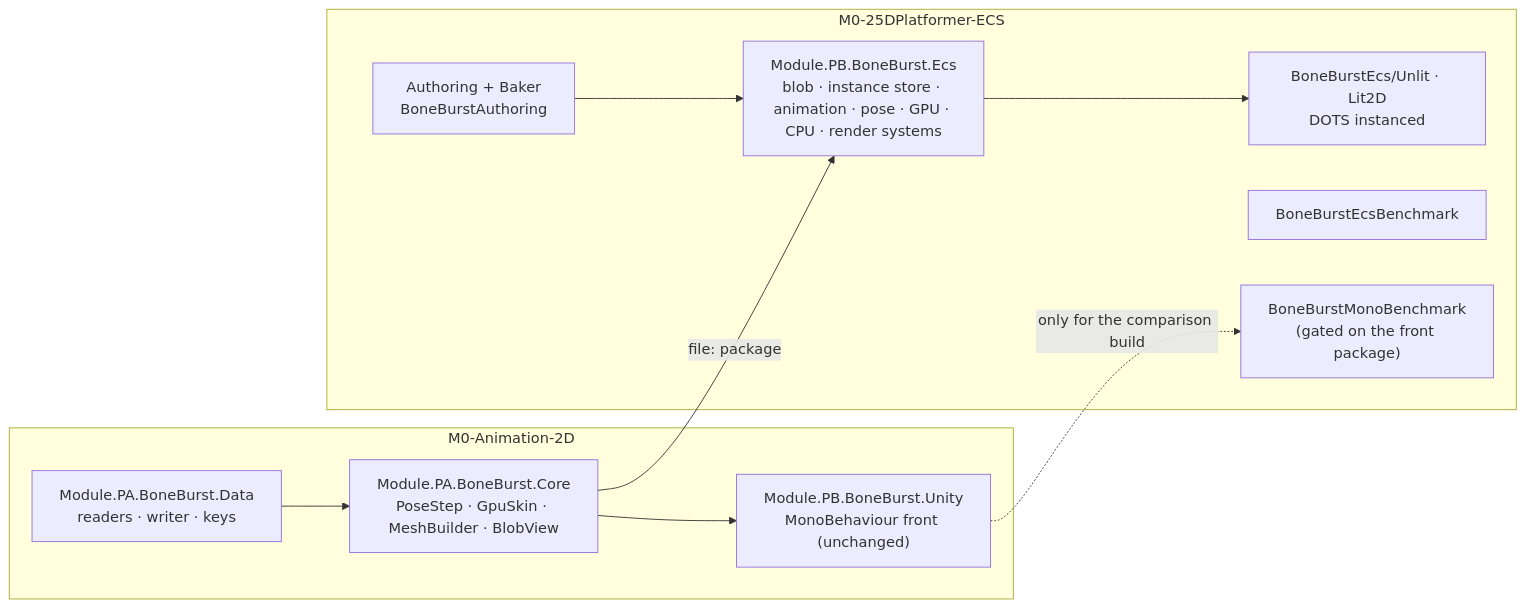
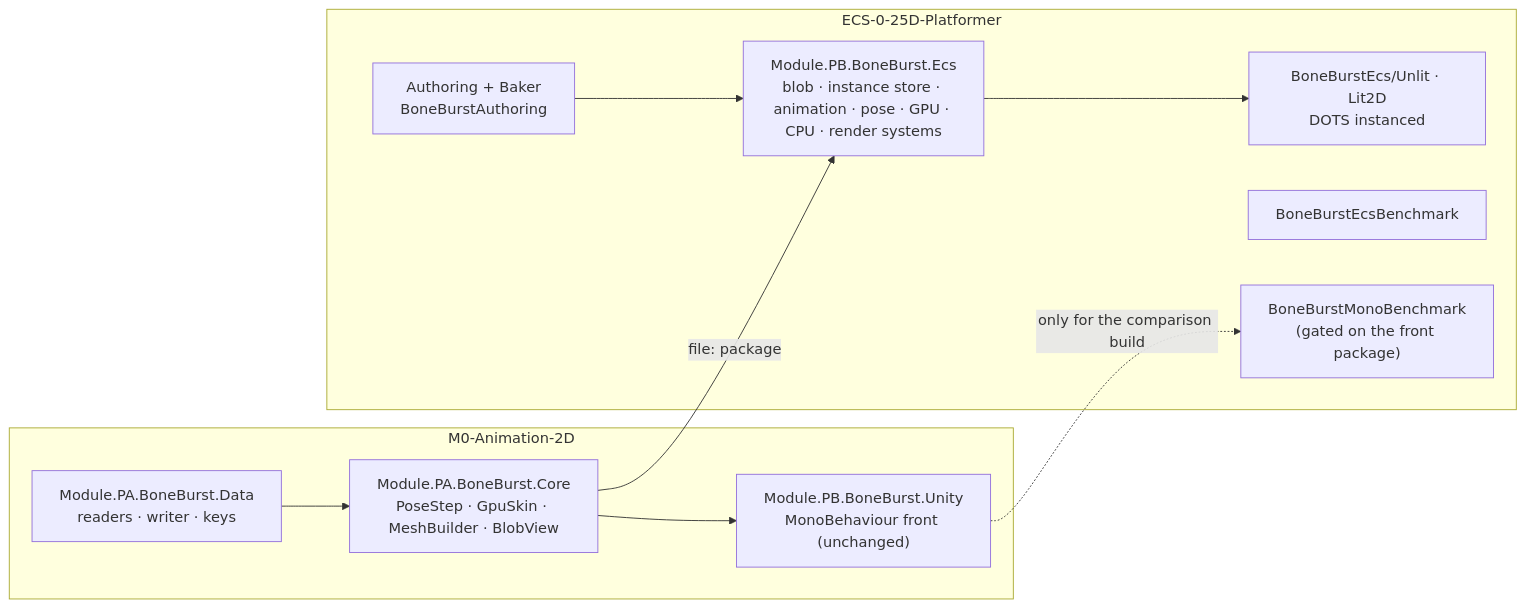
Before and after one commit to 12pnp/M0-Animation-2D: the first of 2 diagrams in Packages/com.module.ta-creator-boneburst/Doc/Review/BoneBurst-ECS-Summary.md, drawn with Mermaid. The commit also changed other lines of this file and 7 other files, not shown here.

Commit message:
ECS project moved to ECS-0-25D-Platformer: paths updated; P15 baseline redone at 720p

````diff
--- a/Packages/com.module.ta-creator-boneburst/Doc/Review/BoneBurst-ECS-Summary.md
+++ b/Packages/com.module.ta-creator-boneburst/Doc/Review/BoneBurst-ECS-Summary.md
@@ -5,21 +5,21 @@
 ```mermaid
 flowchart LR
     subgraph M0["M0-Animation-2D"]
         DATA["Module.PA.BoneBurst.Data<br/>readers · writer · keys"]
         CORE["Module.PA.BoneBurst.Core<br/>PoseStep · GpuSkin · MeshBuilder · BlobView"]
         FRONT["Module.PB.BoneBurst.Unity<br/>MonoBehaviour front (unchanged)"]
         DATA --> CORE
         CORE --> FRONT
     end
-    subgraph P25["M0-25DPlatformer-ECS"]
+    subgraph P25["ECS-0-25D-Platformer"]
         ECS["Module.PB.BoneBurst.Ecs<br/>blob · instance store · animation · pose · GPU · CPU · render systems"]
         AUTH["Authoring + Baker<br/>BoneBurstAuthoring"]
         SH["BoneBurstEcs/Unlit · Lit2D<br/>DOTS instanced"]
         BE["BoneBurstEcsBenchmark"]
         BM["BoneBurstMonoBenchmark<br/>(gated on the front package)"]
         AUTH --> ECS
         ECS --> SH
     end
     CORE -->|"file: package"| ECS
     FRONT -.->|"only for the comparison build"| BM
 ```
````
